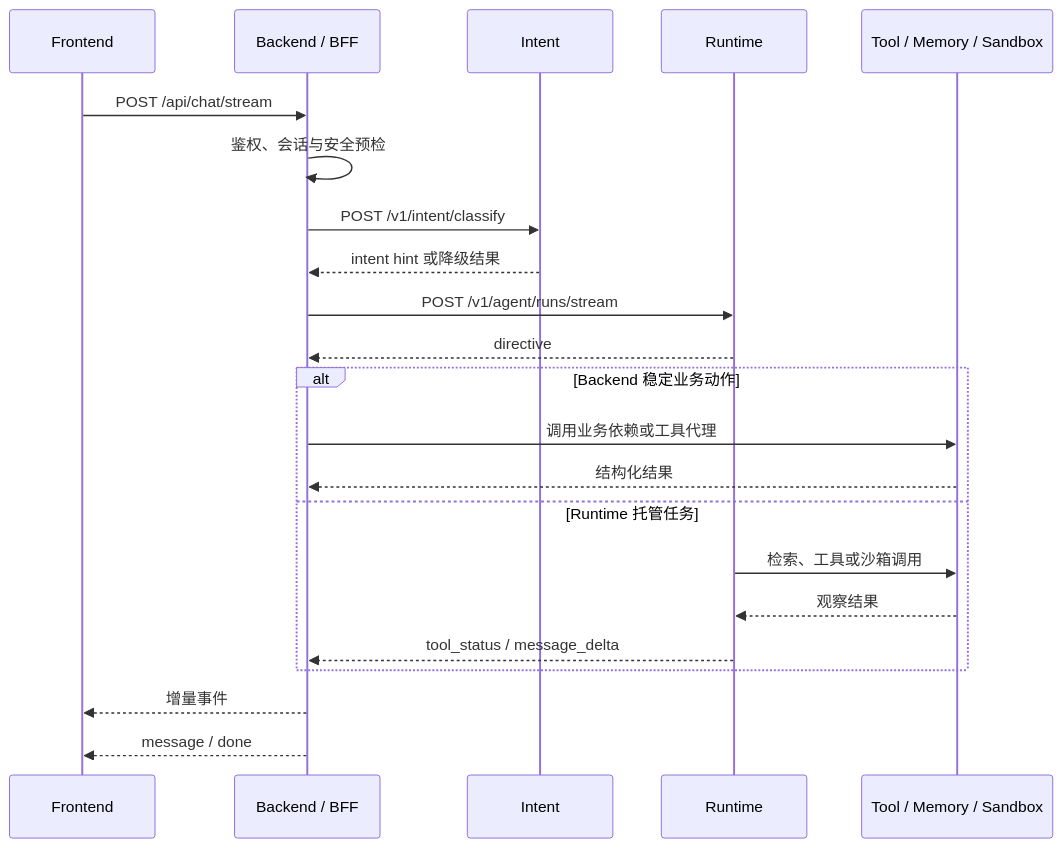
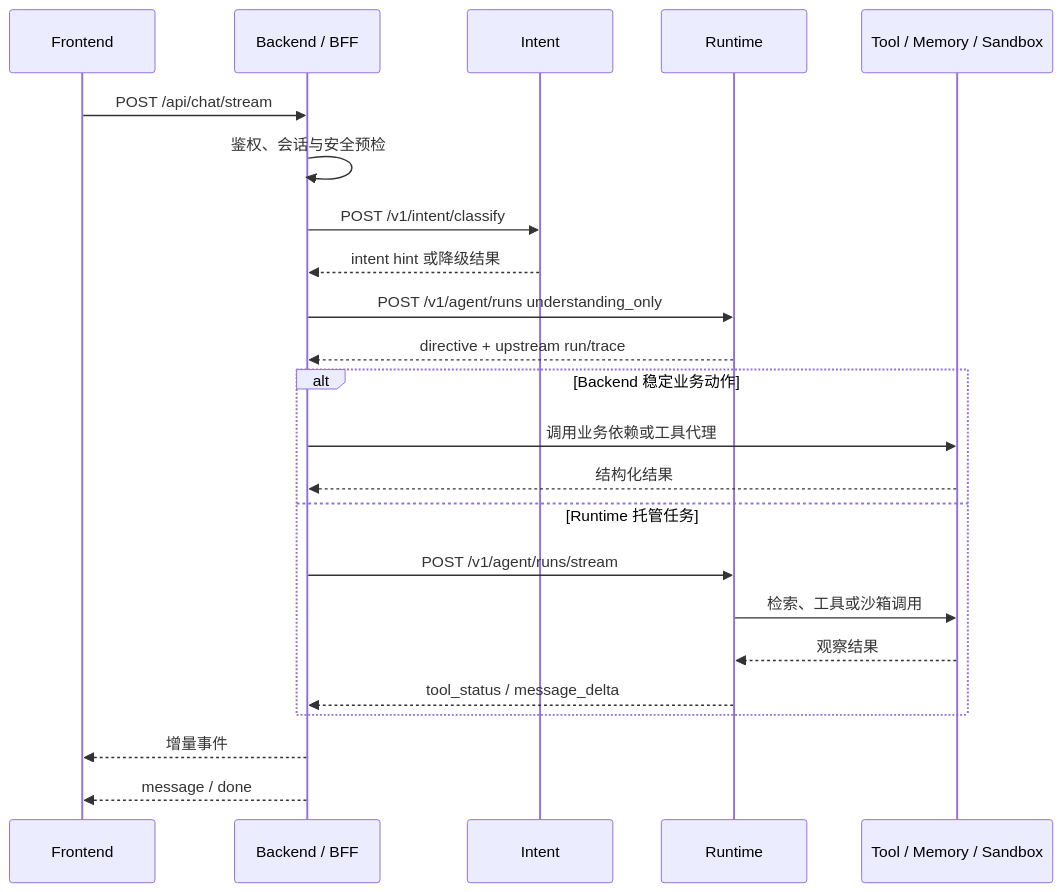
The second of 3 diagrams in agent-doc/架构设计/系统架构与核心链路.md (Logistic98/job-buddy), drawn with Mermaid before and after one commit. The commit also changed other lines of this file and 69 other files, not shown here.

````diff
--- a/agent-doc/架构设计/系统架构与核心链路.md
+++ b/agent-doc/架构设计/系统架构与核心链路.md
@@ -63,25 +65,26 @@
 ```mermaid
 sequenceDiagram
     participant FE as Frontend
     participant BE as Backend / BFF
     participant IN as Intent
     participant RT as Runtime
     participant DEP as Tool / Memory / Sandbox
 
     FE->>BE: POST /api/chat/stream
     BE->>BE: 鉴权、会话与安全预检
     BE->>IN: POST /v1/intent/classify
     IN-->>BE: intent hint 或降级结果
-    BE->>RT: POST /v1/agent/runs/stream
-    RT-->>BE: directive
+    BE->>RT: POST /v1/agent/runs understanding_only
+    RT-->>BE: directive + upstream run/trace
     alt Backend 稳定业务动作
         BE->>DEP: 调用业务依赖或工具代理
         DEP-->>BE: 结构化结果
     else Runtime 托管任务
+        BE->>RT: POST /v1/agent/runs/stream
         RT->>DEP: 检索、工具或沙箱调用
         DEP-->>RT: 观察结果
         RT-->>BE: tool_status / message_delta
     end
     BE-->>FE: 增量事件
     BE-->>FE: message / done
 ```
````
